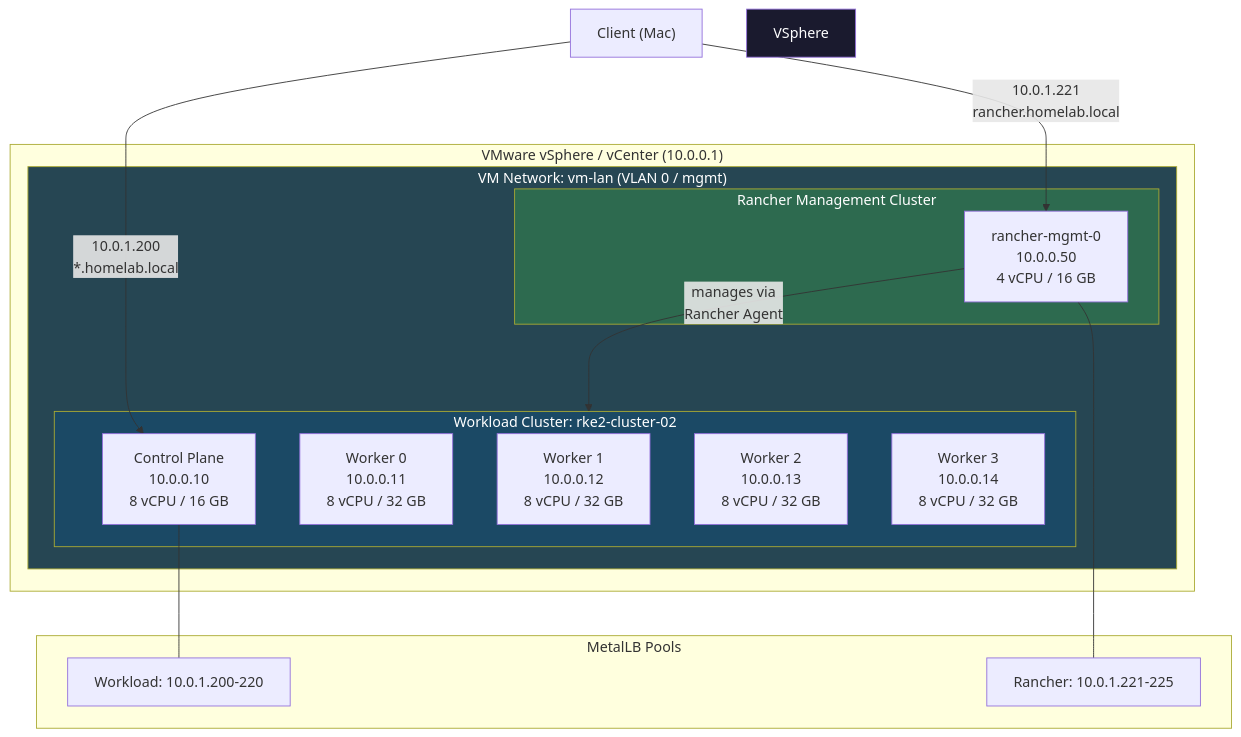
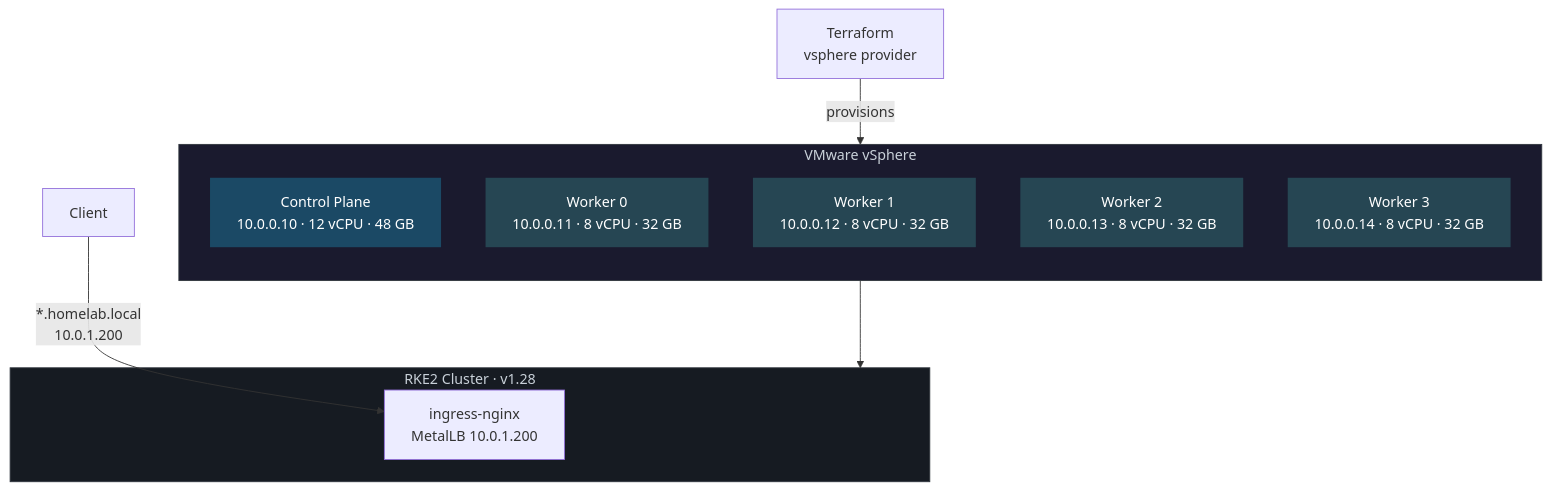
The first of 6 diagrams in README.md (kratos81/production-homelab), drawn with Mermaid before and after one commit. The commit also changed other lines of this file, not shown here.

Commit message:
Redesign architecture diagrams for VMware vSphere

````diff
--- a/README.md
+++ b/README.md
@@ -170,36 +170,29 @@
 ```mermaid
 graph TB
-    subgraph vSphere["VMware vSphere / vCenter (10.0.0.1)"]
-        subgraph Network["VM Network: vm-lan (VLAN 0 / mgmt)"]
-            subgraph Rancher["Rancher Management Cluster"]
-                RM0["rancher-mgmt-0<br/>10.0.0.50<br/>4 vCPU / 16 GB"]
-            end
-
-            subgraph Cluster02["Workload Cluster: rke2-cluster-02"]
-                CP0["Control Plane<br/>10.0.0.10<br/>8 vCPU / 16 GB"]
-                W0["Worker 0<br/>10.0.0.11<br/>8 vCPU / 32 GB"]
-                W1["Worker 1<br/>10.0.0.12<br/>8 vCPU / 32 GB"]
-                W2["Worker 2<br/>10.0.0.13<br/>8 vCPU / 32 GB"]
-                W3["Worker 3<br/>10.0.0.14<br/>8 vCPU / 32 GB"]
-            end
-        end
+    subgraph Hypervisor["VMware vSphere"]
+        direction TB
+        CP["Control Plane<br/>10.0.0.10 · 12 vCPU · 48 GB"]
+        W0["Worker 0<br/>10.0.0.11 · 8 vCPU · 32 GB"]
+        W1["Worker 1<br/>10.0.0.12 · 8 vCPU · 32 GB"]
+        W2["Worker 2<br/>10.0.0.13 · 8 vCPU · 32 GB"]
+        W3["Worker 3<br/>10.0.0.14 · 8 vCPU · 32 GB"]
     end
 
-    RM0 -->|"manages via<br/>Rancher Agent"| Cluster02
+    Terraform["Terraform<br/>vsphere provider"]
+    Client["Client"] -->|"*.homelab.local<br/>10.0.1.200"| Ingress
+    Terraform -->|"provisions"| Hypervisor
 
-    Client["Client (Mac)"] -->|"10.0.1.221<br/>rancher.homelab.local"| RM0
-    Client -->|"10.0.1.200<br/>*.homelab.local"| CP0
-
-    subgraph LB["MetalLB Pools"]
-        Pool1["Workload: 10.0.1.200-220"]
-        Pool2["Rancher: 10.0.1.221-225"]
+    subgraph K8s["RKE2 Cluster · v1.28"]
+        Ingress["ingress-nginx<br/>MetalLB 10.0.1.200"]
     end
 
-    CP0 --- Pool1
-    RM0 --- Pool2
+    Hypervisor --> K8s
 
-    style VSphere fill:#1a1a2e,color:#fff
-    style Rancher fill:#2d6a4f,color:#fff
-    style Cluster02 fill:#1b4965,color:#fff
-    style Network fill:#264653,color:#fff
+    style Hypervisor fill:#1a1a2e,color:#c9d1d9,stroke:#30363d
+    style K8s fill:#161b22,color:#c9d1d9,stroke:#30363d
+    style CP fill:#1b4965,color:#fff,stroke:none
+    style W0 fill:#264653,color:#fff,stroke:none
+    style W1 fill:#264653,color:#fff,stroke:none
+    style W2 fill:#264653,color:#fff,stroke:none
+    style W3 fill:#264653,color:#fff,stroke:none
 ```
````
